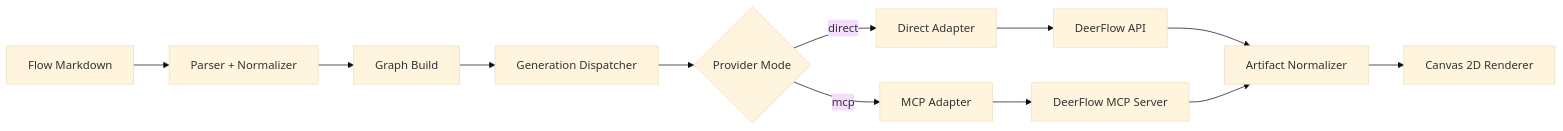
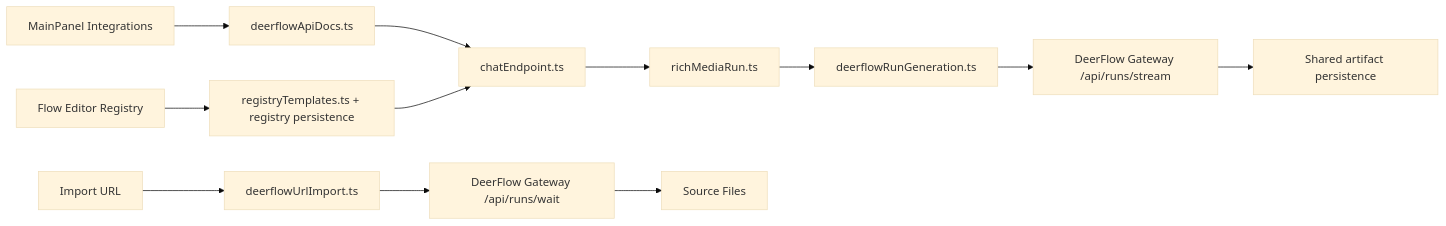
One commit to huijoohwee/knowgrph changed the diagram in docs/documents/knowgrph-deerflow/knowgrph-deerflow-prd-tad.companion.md. Above: the diagram before and after it, drawn with Mermaid (base theme). The commit also changed other lines of this file and 88 other files, not shown here.

````diff
--- a/docs/documents/knowgrph-deerflow/knowgrph-deerflow-prd-tad.companion.md
+++ b/docs/documents/knowgrph-deerflow/knowgrph-deerflow-prd-tad.companion.md
@@ -18,14 +17,14 @@
 ```mermaid
 flowchart LR
-    A[Flow Markdown] --> B[Parser + Normalizer]
-    B --> C[Graph Build]
-    C --> D[Generation Dispatcher]
-    D --> E{Provider Mode}
-    E -->|direct| F[Direct Adapter]
-    E -->|mcp| G[MCP Adapter]
-    F --> H[DeerFlow API]
-    G --> I[DeerFlow MCP Server]
-    H --> J[Artifact Normalizer]
-    I --> J
-    J --> K[Canvas 2D Renderer]
+    A[MainPanel Integrations] --> B[deerflowApiDocs.ts]
+    C[Flow Editor Registry] --> D[registryTemplates.ts + registry persistence]
+    B --> E[chatEndpoint.ts]
+    D --> E
+    E --> F[richMediaRun.ts]
+    F --> G[deerflowRunGeneration.ts]
+    G --> H[DeerFlow Gateway /api/runs/stream]
+    H --> I[Shared artifact persistence]
+    J[Import URL] --> K[deerflowUrlImport.ts]
+    K --> L[DeerFlow Gateway /api/runs/wait]
+    L --> M[Source Files]
 ```
````
